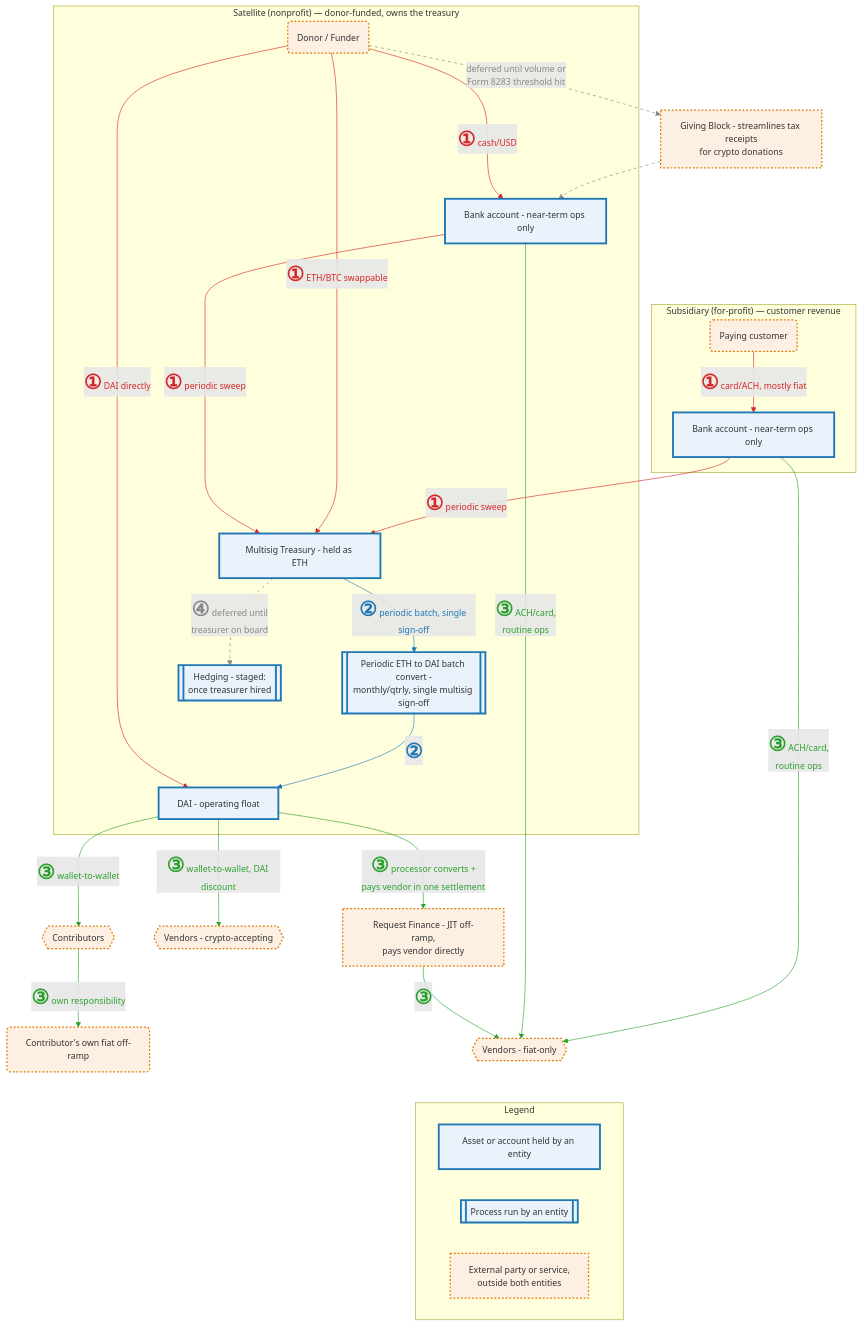
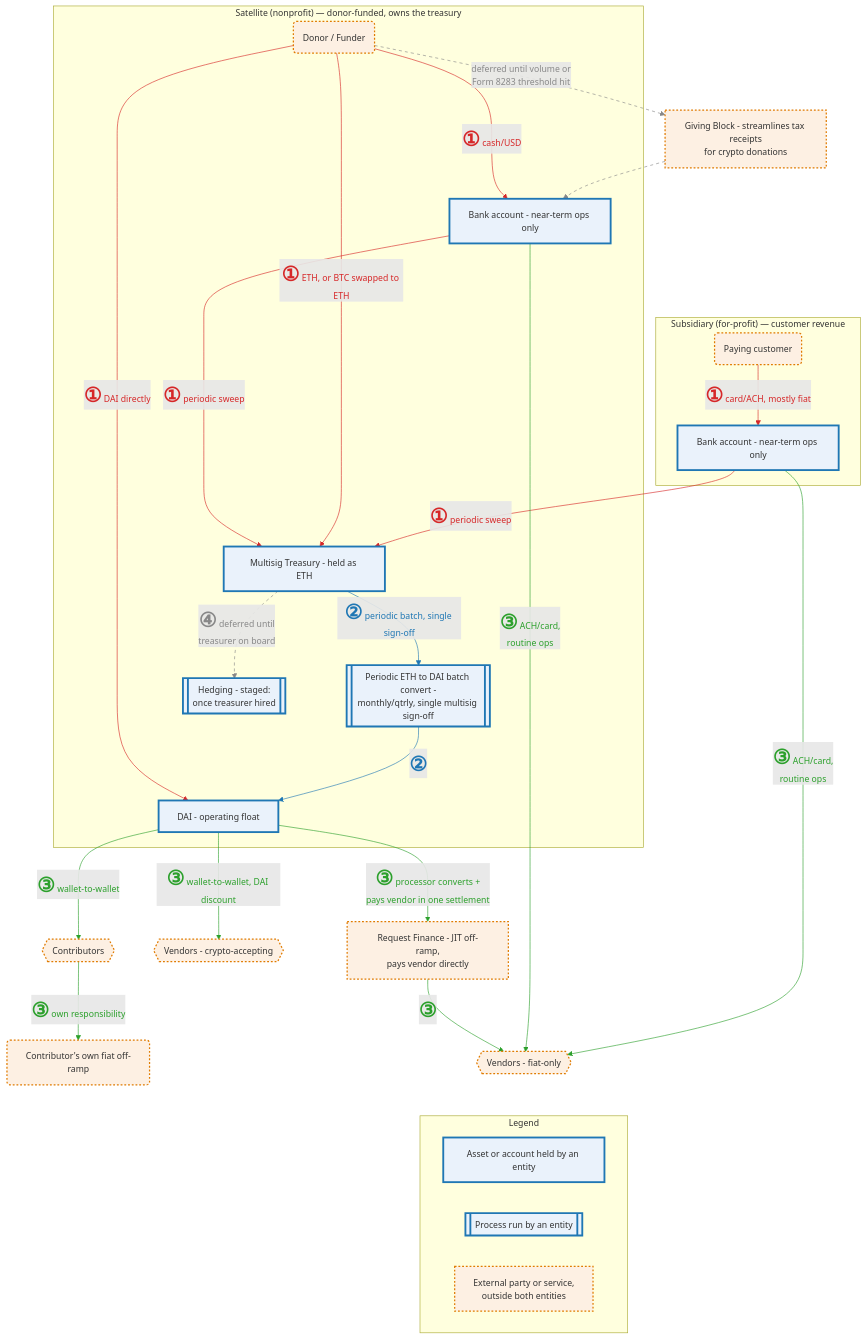
One commit to doikayt/admin changed the diagram in governance/diagrams/fund-flows.mmd. Above: the diagram before and after it, drawn with Mermaid. The commit also changed 3 other files, not shown here.

Commit message:
docs: say BTC donations are swapped to ETH on arrival in the fund-flows text and diagram

```diff
--- a/governance/diagrams/fund-flows.mmd
+++ b/governance/diagrams/fund-flows.mmd
@@ -1,67 +1,67 @@
 %%{init: {"themeVariables": {"fontSize": "14px"}}}%%
 flowchart TD
     subgraph SAT["Satellite (nonprofit) — donor-funded, owns the treasury"]
         Donor(Donor / Funder)
         SatBank[Bank account - near-term ops only]
         Treasury[Multisig Treasury - held as ETH]
         BatchConvert[[Periodic ETH to DAI batch convert -<br/>monthly/qtrly, single multisig sign-off]]
         DAIFloat[DAI - operating float]
         Hedge[[Hedging - staged:<br/>once treasurer hired]]
     end
 
     subgraph SUB["Subsidiary (for-profit) — customer revenue"]
         Customer(Paying customer)
         SubBank[Bank account - near-term ops only]
     end
 
     DonationProcessor[Giving Block - streamlines tax receipts<br/>for crypto donations]
     Contributors{{Contributors}}
     ContribOfframp(Contributor's own fiat off-ramp)
     VendorsCrypto{{Vendors - crypto-accepting}}
     OffRampJIT[Request Finance - JIT off-ramp,<br/>pays vendor directly]
     VendorsFiat{{Vendors - fiat-only}}
 
     subgraph LEGEND["Legend"]
         L1[Asset or account held by an entity]
         L1b[[Process run by an entity]]
         L2[External party or service,<br/>outside both entities]
     end
 
     Donor -- "<b style='font-size:2.3em'>①</b> cash/USD" --> SatBank
     SatBank -- "<b style='font-size:2.3em'>①</b> periodic sweep" --> Treasury
     Donor -- "<b style='font-size:2.3em'>①</b> DAI directly" --> DAIFloat
-    Donor -- "<b style='font-size:2.3em'>①</b> ETH/BTC swappable" --> Treasury
+    Donor -- "<b style='font-size:2.3em'>①</b> ETH, or BTC swapped to ETH" --> Treasury
     Customer -- "<b style='font-size:2.3em'>①</b> card/ACH, mostly fiat" --> SubBank
     SubBank -- "<b style='font-size:2.3em'>①</b> periodic sweep" --> Treasury
 
     Donor -.->|"deferred until volume or<br/>Form 8283 threshold hit"| DonationProcessor
 
     Treasury -- "<b style='font-size:2.3em'>②</b> periodic batch, single sign-off" --> BatchConvert
     BatchConvert -- "<b style='font-size:2.3em'>②</b>" --> DAIFloat
 
     DAIFloat -- "<b style='font-size:2.3em'>③</b> wallet-to-wallet" --> Contributors
     Contributors -- "<b style='font-size:2.3em'>③</b> own responsibility" --> ContribOfframp
     DAIFloat -- "<b style='font-size:2.3em'>③</b> wallet-to-wallet, DAI discount" --> VendorsCrypto
     DAIFloat -- "<b style='font-size:2.3em'>③</b> processor converts +<br/>pays vendor in one settlement" --> OffRampJIT
     OffRampJIT -- "<b style='font-size:2.3em'>③</b>" --> VendorsFiat
     SatBank -- "<b style='font-size:2.3em'>③</b> ACH/card,<br/>routine ops" --> VendorsFiat
     SubBank -- "<b style='font-size:2.3em'>③</b> ACH/card,<br/>routine ops" --> VendorsFiat
 
     Treasury -.->|"<b style='font-size:2.3em'>④</b> deferred until<br/>treasurer on board"| Hedge
 
     SatBank ~~~ Customer
     VendorsFiat ~~~ LEGEND
     DonationProcessor -.-> SatBank
 
     linkStyle 0,1,2,3,4,5 stroke:#d62728,color:#d62728
     linkStyle 7,8 stroke:#1f77b4,color:#1f77b4
     linkStyle 9,10,11,12,13,14,15 stroke:#2ca02c,color:#2ca02c
     linkStyle 6,16,19 stroke:#888888,color:#888888,stroke-dasharray: 5 5
 
     classDef owned fill:#eaf2fb,stroke:#1f77b4,stroke-width:3px
     classDef external fill:#fdf0e3,stroke:#e07b00,stroke-width:2px,stroke-dasharray:3 3
     class L1,L1b owned
     class L2 external
     class Treasury,SatBank,SubBank,BatchConvert,DAIFloat,Hedge owned
     class Donor,DonationProcessor,Customer,Contributors,ContribOfframp external
     class VendorsCrypto,OffRampJIT,VendorsFiat external
```
